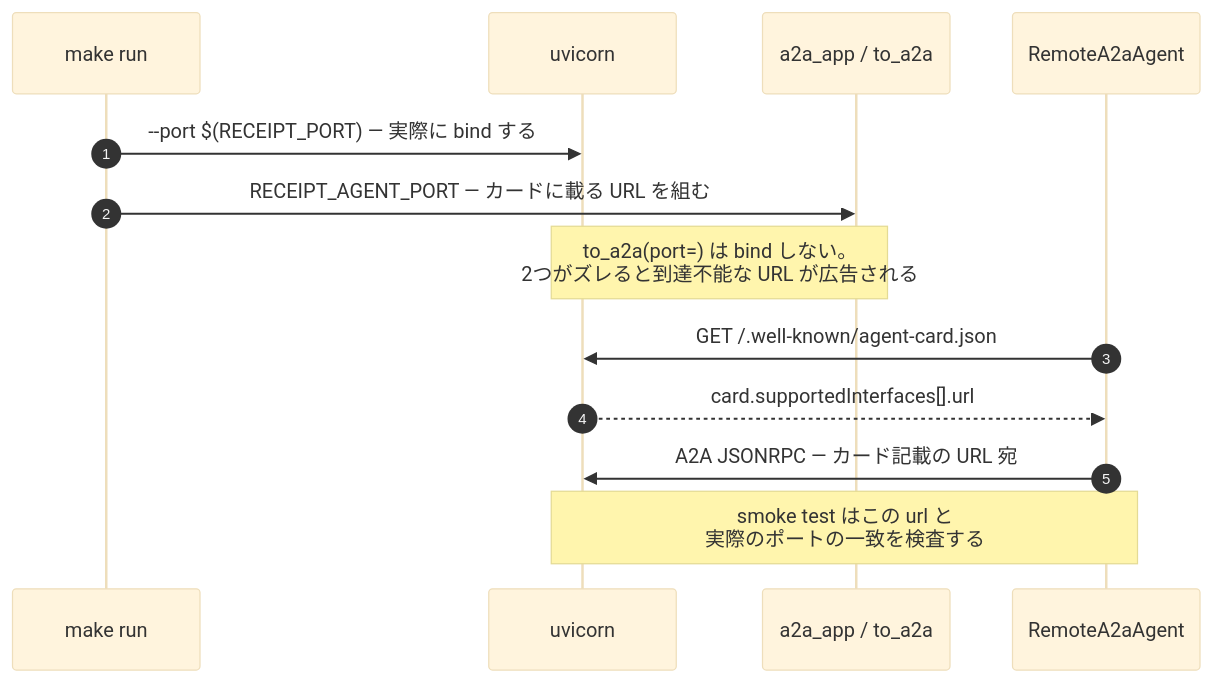
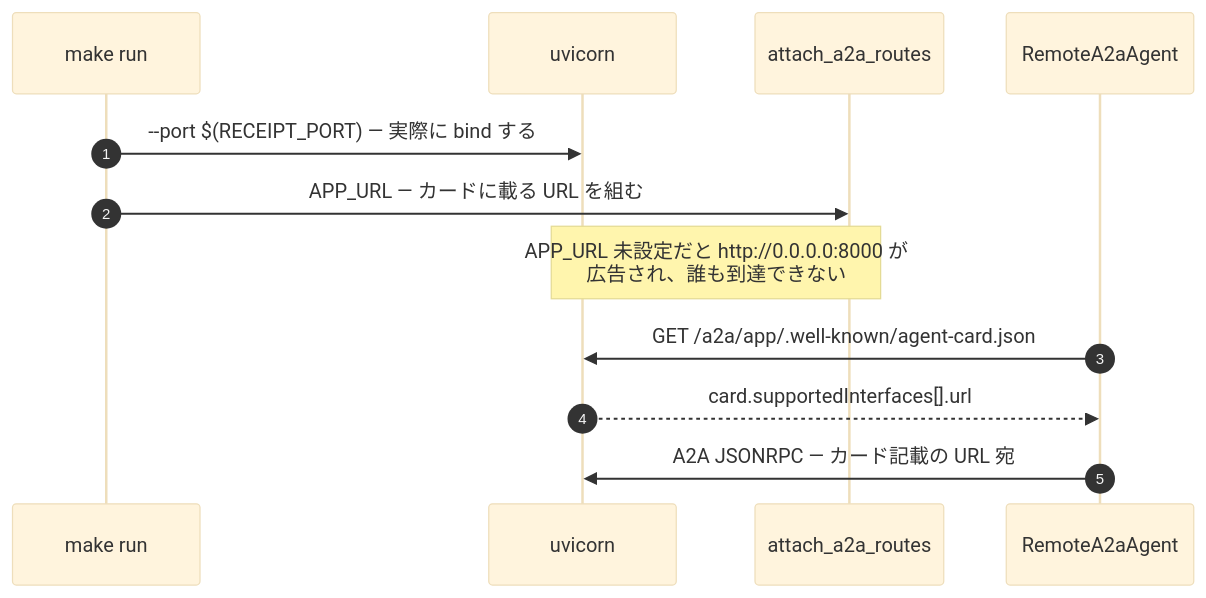
Before and after one commit to shin5ok/adk-agent-governance-sample: the third of 4 diagrams in README.md, drawn with Mermaid (base theme). The commit also changed other lines of this file and 2 other files, not shown here.

````diff
--- a/README.md
+++ b/README.md
@@ -96,15 +118,14 @@
 ```mermaid
 sequenceDiagram
     autonumber
     participant MK as make run
     participant UV as uvicorn
-    participant APP as a2a_app / to_a2a
+    participant APP as attach_a2a_routes
     participant RA as RemoteA2aAgent
     MK->>UV: --port $(RECEIPT_PORT) — 実際に bind する
-    MK->>APP: RECEIPT_AGENT_PORT — カードに載る URL を組む
-    Note over UV,APP: to_a2a(port=) は bind しない。<br/>2つがズレると到達不能な URL が広告される
-    RA->>UV: GET /.well-known/agent-card.json
+    MK->>APP: APP_URL — カードに載る URL を組む
+    Note over UV,APP: APP_URL 未設定だと http://0.0.0.0:8000 が<br/>広告され、誰も到達できない
+    RA->>UV: GET /a2a/app/.well-known/agent-card.json
     UV-->>RA: card.supportedInterfaces[].url
     RA->>UV: A2A JSONRPC — カード記載の URL 宛
-    Note over RA,UV: smoke test はこの url と<br/>実際のポートの一致を検査する
 ```
````
